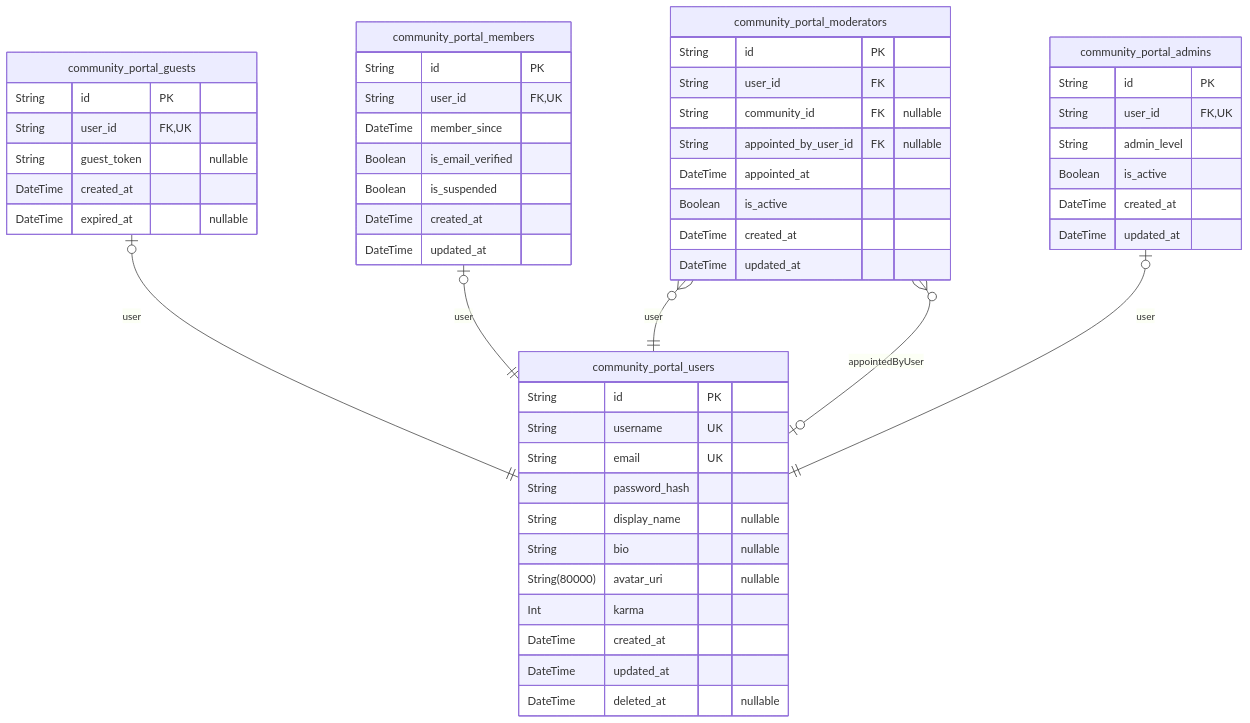
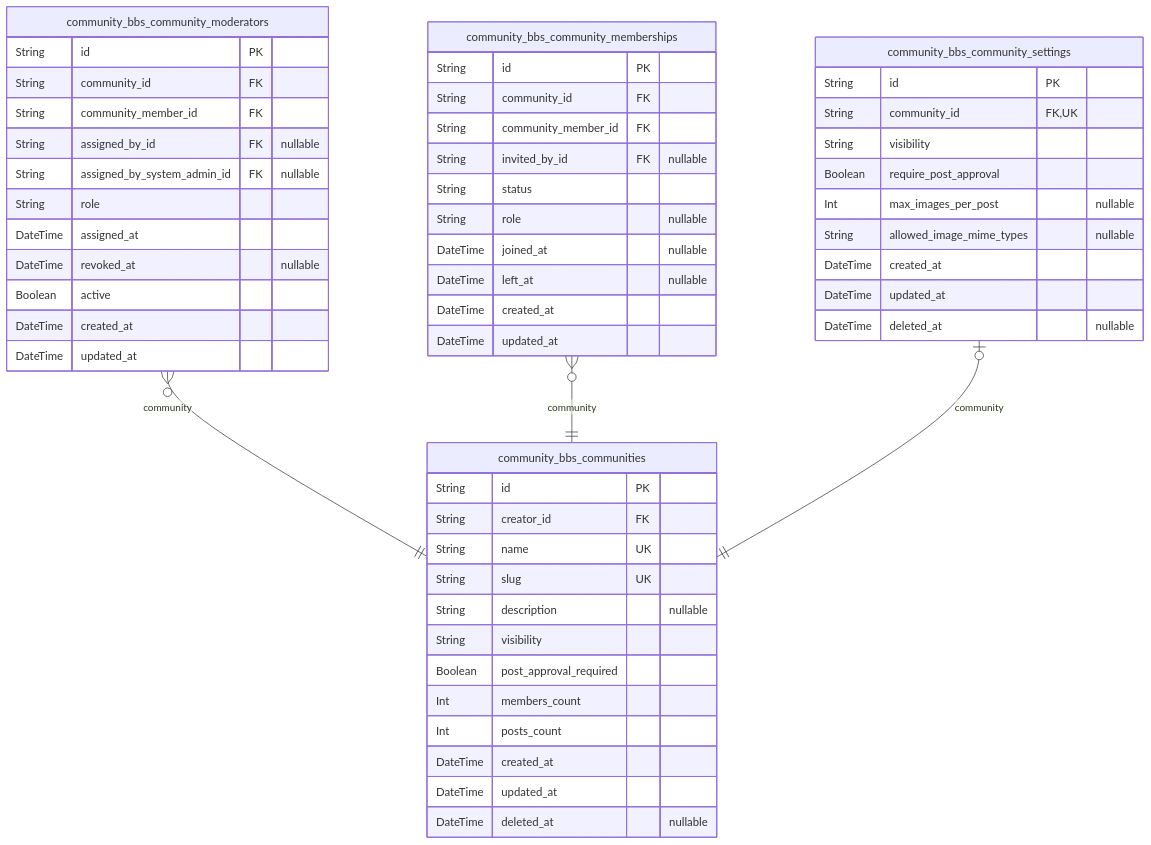
The third of 11 diagrams in openai/gpt-5-mini/reddit/docs/ERD.md (wrtnlabs/autobe-examples), drawn with Mermaid before and after one commit. The commit also changed other lines of this file and 16146 other files, not shown here.

````diff
--- a/openai/gpt-5-mini/reddit/docs/ERD.md
+++ b/openai/gpt-5-mini/reddit/docs/ERD.md
@@ -61,55 +372,56 @@
 ```mermaid
 erDiagram
-"community_portal_users" {
+"community_bbs_communities" {
   String id PK
-  String username UK
-  String email UK
-  String password_hash
-  String display_name "nullable"
-  String bio "nullable"
-  String(80000) avatar_uri "nullable"
-  Int karma
+  String creator_id FK
+  String name UK
+  String slug UK
+  String description "nullable"
+  String visibility
+  Boolean post_approval_required
+  Int members_count
+  Int posts_count
   DateTime created_at
   DateTime updated_at
   DateTime deleted_at "nullable"
 }
-"community_portal_guests" {
+"community_bbs_community_moderators" {
   String id PK
-  String user_id FK,UK
-  String guest_token "nullable"
-  DateTime created_at
-  DateTime expired_at "nullable"
-}
-"community_portal_members" {
-  String id PK
-  String user_id FK,UK
-  DateTime member_since
-  Boolean is_email_verified
-  Boolean is_suspended
+  String community_id FK
+  String community_member_id FK
+  String assigned_by_id FK "nullable"
+  String assigned_by_system_admin_id FK "nullable"
+  String role
+  DateTime assigned_at
+  DateTime revoked_at "nullable"
+  Boolean active
   DateTime created_at
   DateTime updated_at
 }
-"community_portal_moderators" {
+"community_bbs_community_memberships" {
   String id PK
-  String user_id FK
-  String community_id FK "nullable"
-  String appointed_by_user_id FK "nullable"
-  DateTime appointed_at
-  Boolean is_active
+  String community_id FK
+  String community_member_id FK
+  String invited_by_id FK "nullable"
+  String status
+  String role "nullable"
+  DateTime joined_at "nullable"
+  DateTime left_at "nullable"
   DateTime created_at
   DateTime updated_at
 }
-"community_portal_admins" {
+"community_bbs_community_settings" {
   String id PK
-  String user_id FK,UK
-  String admin_level
-  Boolean is_active
+  String community_id FK,UK
+  String visibility
+  Boolean require_post_approval
+  Int max_images_per_post "nullable"
+  String allowed_image_mime_types "nullable"
   DateTime created_at
   DateTime updated_at
+  DateTime deleted_at "nullable"
 }
-"community_portal_guests" |o--|| "community_portal_users" : user
-"community_portal_members" |o--|| "community_portal_users" : user
-"community_portal_moderators" }o--|| "community_portal_users" : user
-"community_portal_moderators" }o--o| "community_portal_users" : appointedByUser
-"community_portal_admins" |o--|| "community_portal_users" : user
+"community_bbs_community_moderators" }o--|| "community_bbs_communities" : community
+"community_bbs_community_memberships" }o--|| "community_bbs_communities" : community
+"community_bbs_community_settings" |o--|| "community_bbs_communities" : community
 ```
````
